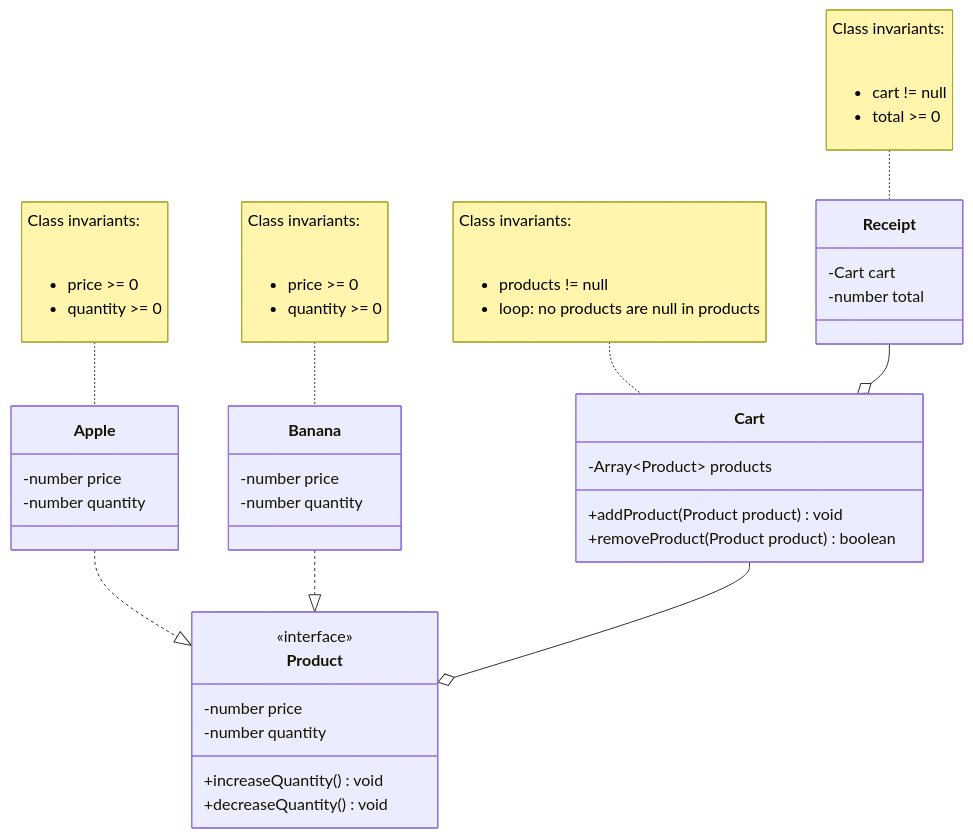
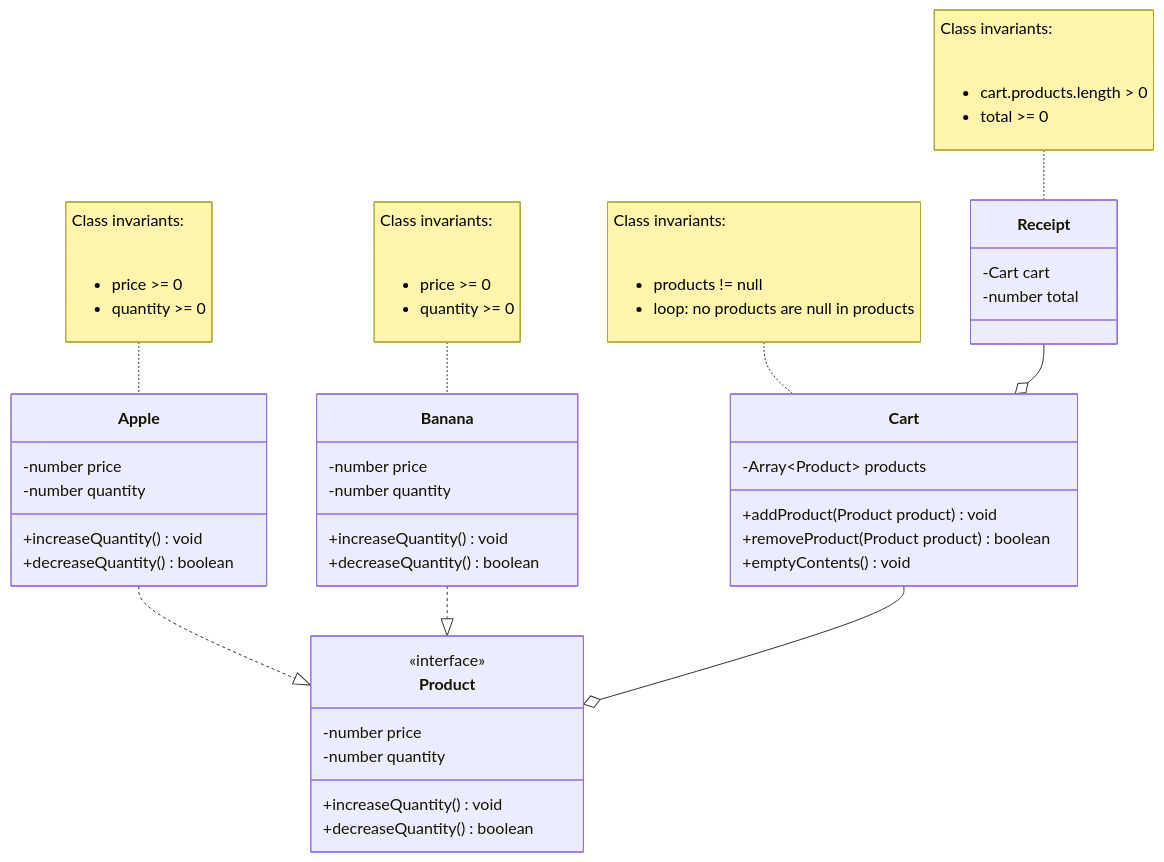
The diagram in 2452-pos/domain.md (samanthaegilson/COMP-2452), drawn with Mermaid before and after one commit. The commit also changed other lines of this file and 19 other files, not shown here.

````diff
--- a/2452-pos/domain.md
+++ b/2452-pos/domain.md
@@ -9,57 +17,64 @@
 ```mermaid
 classDiagram
   class Product {
     <<interface>>
     -number price
     -number quantity
 
     +increaseQuantity() void
-    +decreaseQuantity() void
+    +decreaseQuantity() boolean
   }
 
   class Apple {
     -number price
     -number quantity
+
+    +increaseQuantity() void
+    +decreaseQuantity() boolean
   }
   Apple ..|> Product
 
   note for Apple "Class invariants:  <ul>
     <li> price >= 0
     <li> quantity >= 0
     </ul>"
 
   class Banana {
     -number price
     -number quantity
+
+    +increaseQuantity() void
+    +decreaseQuantity() boolean
   }
   Banana ..|> Product
 
   note for Banana "Class invariants:  <ul>
     <li> price >= 0
     <li> quantity >= 0
     </ul>"
 
   class Cart {
     -Array~Product~ products
 
     +addProduct(Product product) void
     +removeProduct(Product product) boolean
+    +emptyContents() void
   }
   Cart --o Product
 
   note for Cart "Class invariants:  <ul>
     <li> products != null
     <li> loop: no products are null in products
     </ul>"
 
   class Receipt {
     -Cart cart
     -number total
   }
   Receipt --o Cart
 
   note for Receipt "Class invariants:  <ul>
-    <li> cart != null
+    <li> cart.products.length > 0
     <li> total >= 0
     </ul>"
 ```
````
